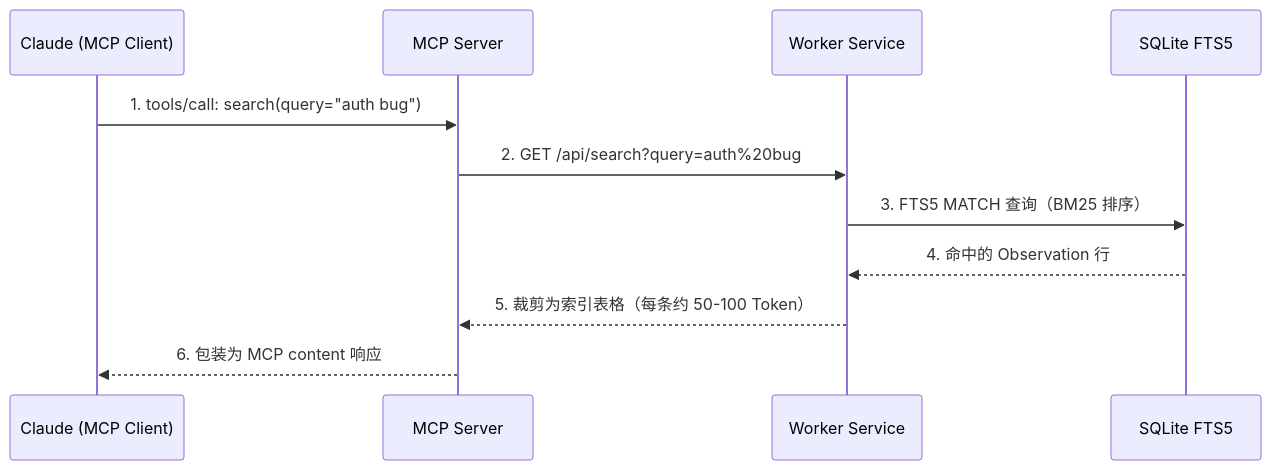
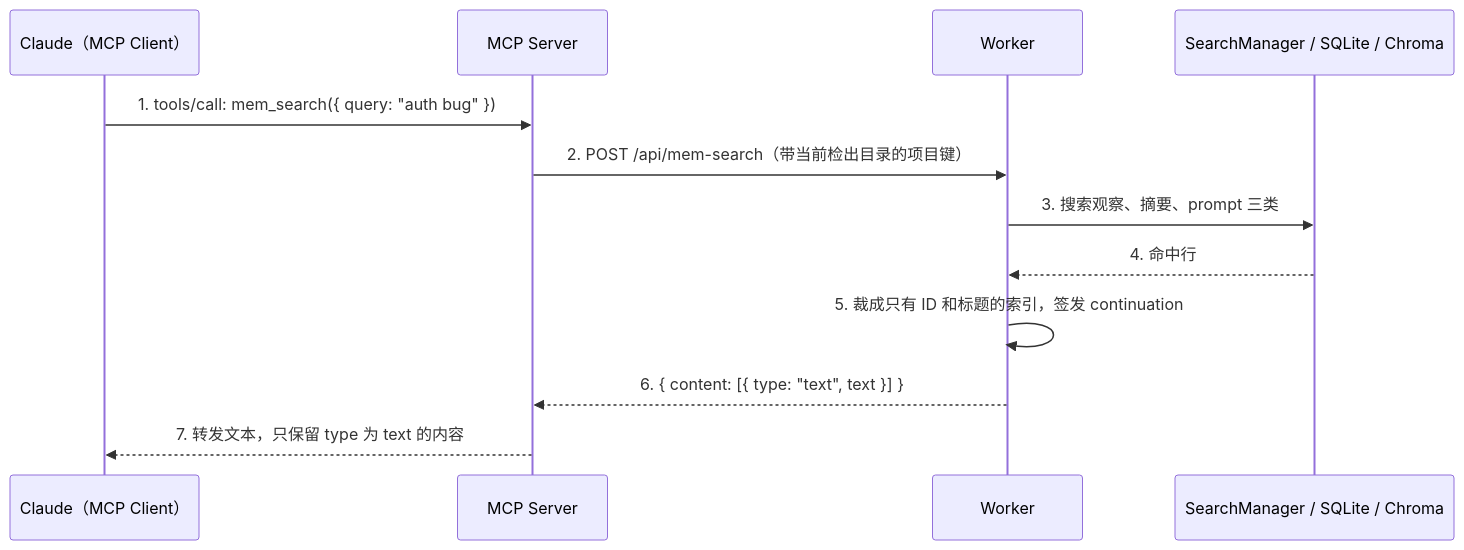
Before and after one commit to diguike/book-claude-mem: the diagram in 03-mechanisms/ch09-mcp-search/README.md, drawn with Mermaid. The commit also changed other lines of this file and 155 other files, not shown here.

First line of the commit message:
docs: second edition for claude-mem v13.35.0

````diff
--- a/03-mechanisms/ch09-mcp-search/README.md
+++ b/03-mechanisms/ch09-mcp-search/README.md
@@ -42,13 +25,15 @@
 ```mermaid
 sequenceDiagram
-    participant C as Claude (MCP Client)
+    participant C as Claude（MCP Client）
     participant M as MCP Server
-    participant W as Worker Service
-    participant D as SQLite FTS5
-    C->>M: 1. tools/call: search(query="auth bug")
-    M->>W: 2. GET /api/search?query=auth%20bug
-    W->>D: 3. FTS5 MATCH 查询（BM25 排序）
-    D-->>W: 4. 命中的 Observation 行
-    W-->>M: 5. 裁剪为索引表格（每条约 50-100 Token）
-    M-->>C: 6. 包装为 MCP content 响应
+    participant W as Worker
+    participant S as SearchManager / SQLite / Chroma
+
+    C->>M: 1. tools/call: mem_search({ query: "auth bug" })
+    M->>W: 2. POST /api/mem-search（带当前检出目录的项目键）
+    W->>S: 3. 搜索观察、摘要、prompt 三类
+    S-->>W: 4. 命中行
+    W->>W: 5. 裁成只有 ID 和标题的索引，签发 continuation
+    W-->>M: 6. { content: [{ type: "text", text }] }
+    M-->>C: 7. 转发文本，只保留 type 为 text 的内容
 ```
````
